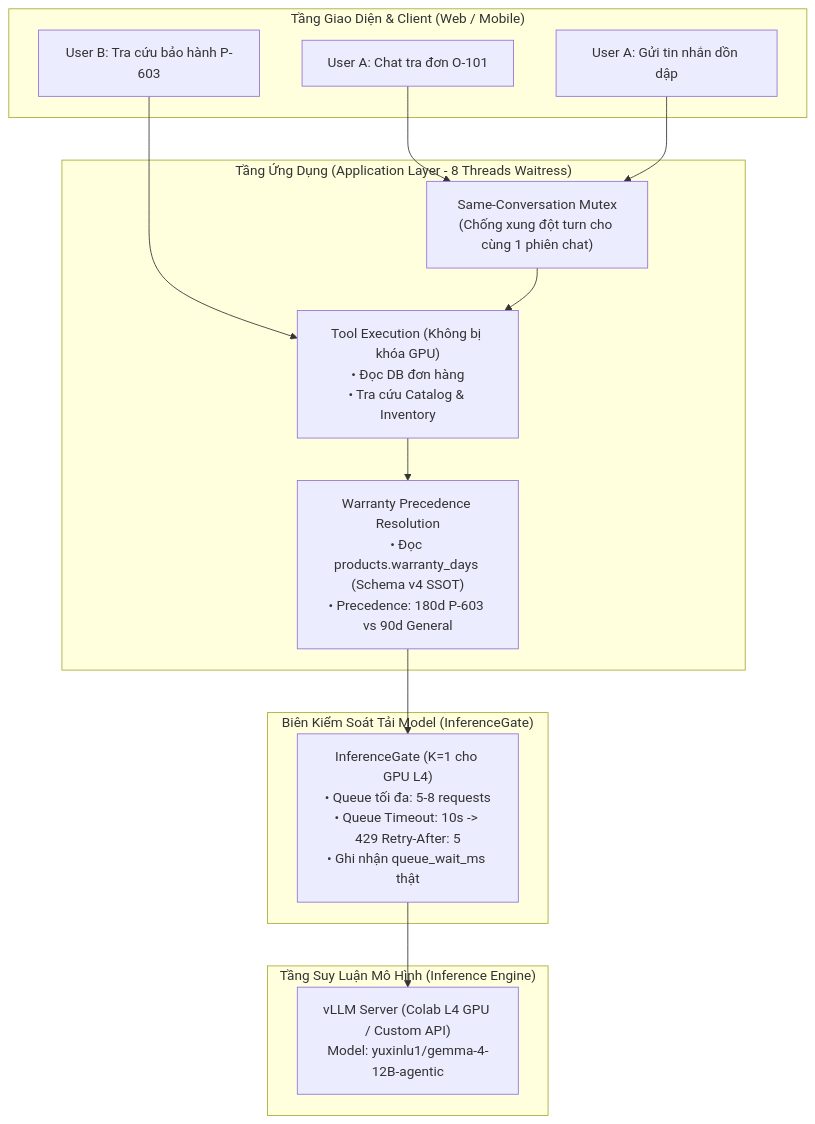
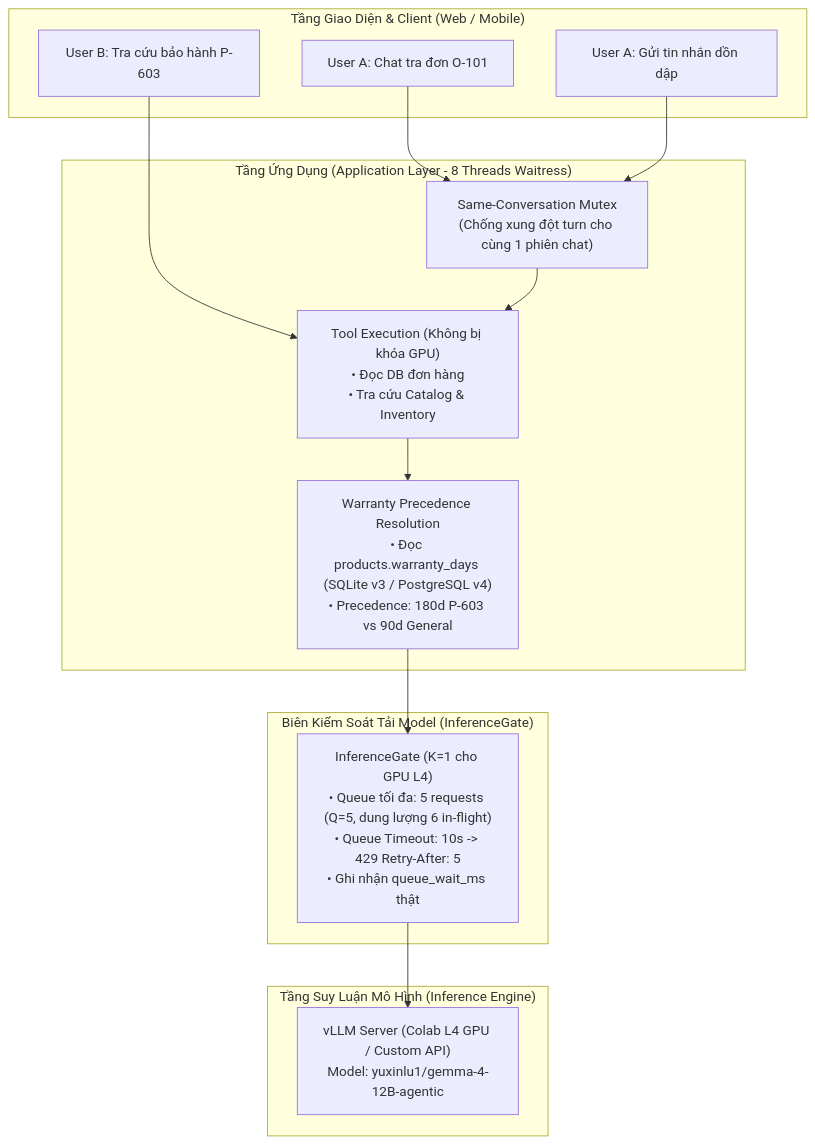
One commit to tuteemovaixlong/CSKH_ban_le changed the diagram in docs/PLAN_CONCURRENCY_RELATIONAL_KNOWLEDGE_SPRINT.md. Above: the diagram before and after it, drawn with Mermaid. The commit also changed other lines of this file and 25 other files, not shown here.

````diff
--- a/docs/PLAN_CONCURRENCY_RELATIONAL_KNOWLEDGE_SPRINT.md
+++ b/docs/PLAN_CONCURRENCY_RELATIONAL_KNOWLEDGE_SPRINT.md
@@ -33,31 +35,31 @@
 ```mermaid
 flowchart TD
     subgraph CLIENT_TIER ["Tầng Giao Diện & Client (Web / Mobile)"]
         REQ1["User A: Chat tra đơn O-101"]
         REQ2["User A: Gửi tin nhắn dồn dập"]
         REQ3["User B: Tra cứu bảo hành P-603"]
     end
 
     subgraph APP_TIER ["Tầng Ứng Dụng (Application Layer - 8 Threads Waitress)"]
         CONV_LOCK["Same-Conversation Mutex<br/>(Chống xung đột turn cho cùng 1 phiên chat)"]
         TOOL_EXEC["Tool Execution (Không bị khóa GPU)<br/>• Đọc DB đơn hàng<br/>• Tra cứu Catalog & Inventory"]
-        WARRANTY_RESOLVE["Warranty Precedence Resolution<br/>• Đọc products.warranty_days (Schema v4 SSOT)<br/>• Precedence: 180d P-603 vs 90d General"]
+        WARRANTY_RESOLVE["Warranty Precedence Resolution<br/>• Đọc products.warranty_days (SQLite v3 / PostgreSQL v4)<br/>• Precedence: 180d P-603 vs 90d General"]
     end
 
     subgraph GATE_TIER ["Biên Kiểm Soát Tải Model (InferenceGate)"]
-        GATE["InferenceGate (K=1 cho GPU L4)<br/>• Queue tối đa: 5-8 requests<br/>• Queue Timeout: 10s -> 429 Retry-After: 5<br/>• Ghi nhận queue_wait_ms thật"]
+        GATE["InferenceGate (K=1 cho GPU L4)<br/>• Queue tối đa: 5 requests (Q=5, dung lượng 6 in-flight)<br/>• Queue Timeout: 10s -> 429 Retry-After: 5<br/>• Ghi nhận queue_wait_ms thật"]
     end
 
     subgraph MODEL_TIER ["Tầng Suy Luận Mô Hình (Inference Engine)"]
         VLLM["vLLM Server (Colab L4 GPU / Custom API)<br/>Model: yuxinlu1/gemma-4-12B-agentic"]
     end
 
     REQ1 --> CONV_LOCK
     REQ2 --> CONV_LOCK
     REQ3 --> TOOL_EXEC
 
     CONV_LOCK --> TOOL_EXEC
     TOOL_EXEC --> WARRANTY_RESOLVE
     WARRANTY_RESOLVE --> GATE
     GATE --> VLLM
 ```
````
